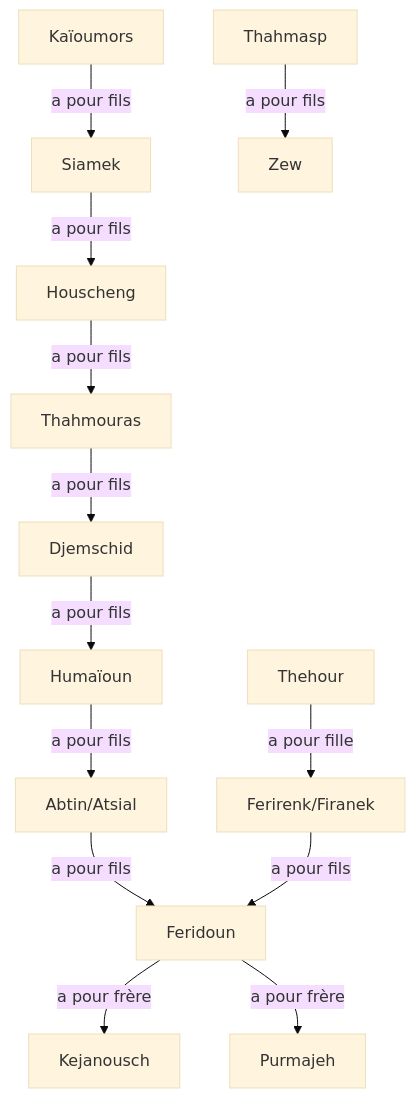
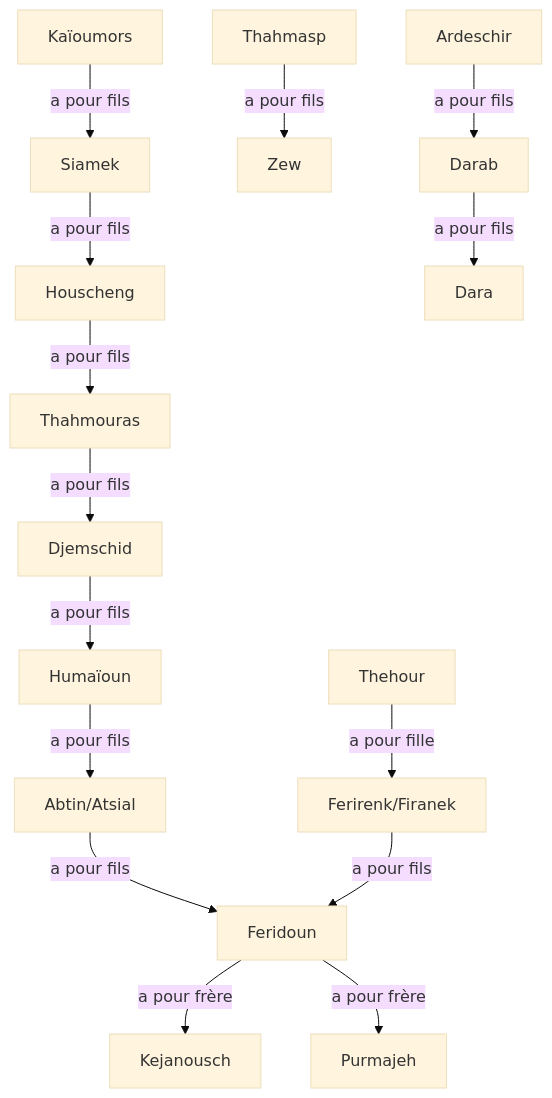
One commit to hdorgeval/le-livre-des-rois changed the diagram in src/graphs/kaioumors/kaioumors.mmd. Above: the diagram before and after it, drawn with Mermaid (base theme).

Commit message:
feat(kaioumors): update genealogy graph

```diff
--- a/src/graphs/kaioumors/kaioumors.mmd
+++ b/src/graphs/kaioumors/kaioumors.mmd
@@ -1,13 +1,15 @@
 graph TD
 Kaïoumors --a pour fils--> Siamek
 Siamek --a pour fils--> Houscheng
 Houscheng --a pour fils--> Thahmouras
 Thahmouras --a pour fils--> Djemschid
 Djemschid --a pour fils--> Humaïoun
 Humaïoun --a pour fils-->Abtin/Atsial
 Abtin/Atsial --a pour fils--> Feridoun
 Thehour --a pour fille--> Ferirenk/Firanek
 Ferirenk/Firanek --a pour fils--> Feridoun
 Feridoun --a pour frère--> Kejanousch
 Feridoun --a pour frère--> Purmajeh
 Thahmasp --a pour fils--> Zew
+Ardeschir --a pour fils--> Darab
+Darab --a pour fils--> Dara
```
